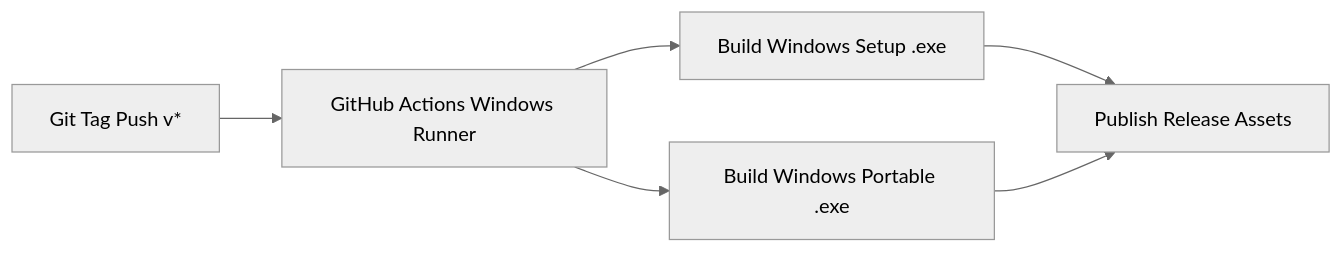
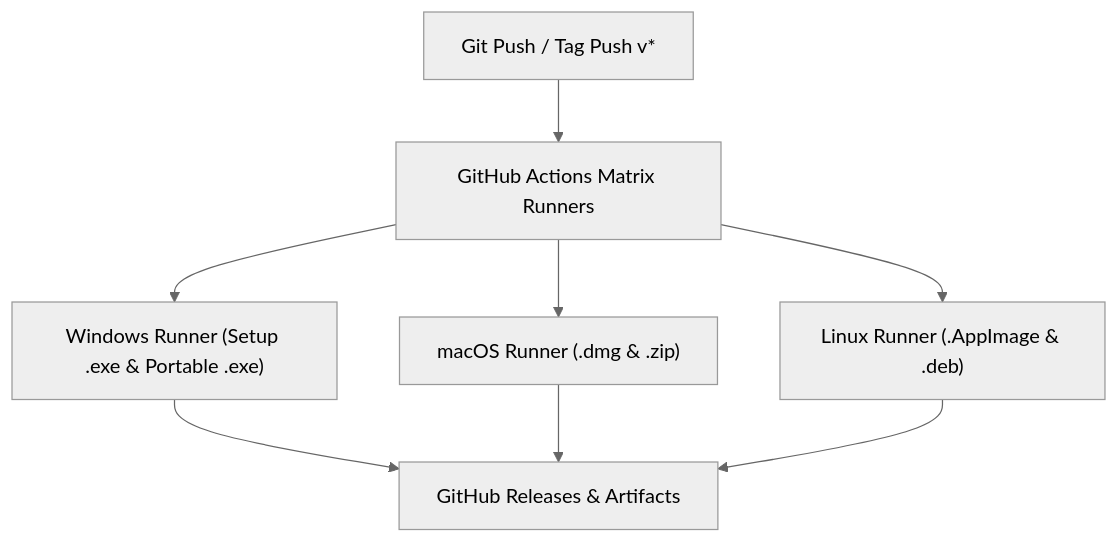
The first of 2 diagrams in README.md (SuryaK999/Mini-Music-Desktop-Player-), drawn with Mermaid (neutral theme) before and after one commit. The commit also changed other lines of this file, not shown here.

Commit message:
docs: update CI/CD architecture diagram and multi-platform build instructions

````diff
--- a/README.md
+++ b/README.md
@@ -102,8 +102,10 @@
 ```mermaid
-graph LR
-    A[Git Tag Push v*] --> B[GitHub Actions Windows Runner]
-    B --> C[Build Windows Setup .exe]
-    B --> D[Build Windows Portable .exe]
-    C --> E[Publish Release Assets]
-    D --> E
+graph TD
+    A[Git Push / Tag Push v*] --> B[GitHub Actions Matrix Runners]
+    B --> C["Windows Runner (Setup .exe & Portable .exe)"]
+    B --> D["macOS Runner (.dmg & .zip)"]
+    B --> E["Linux Runner (.AppImage & .deb)"]
+    C --> F[GitHub Releases & Artifacts]
+    D --> F
+    E --> F
 ```
````
